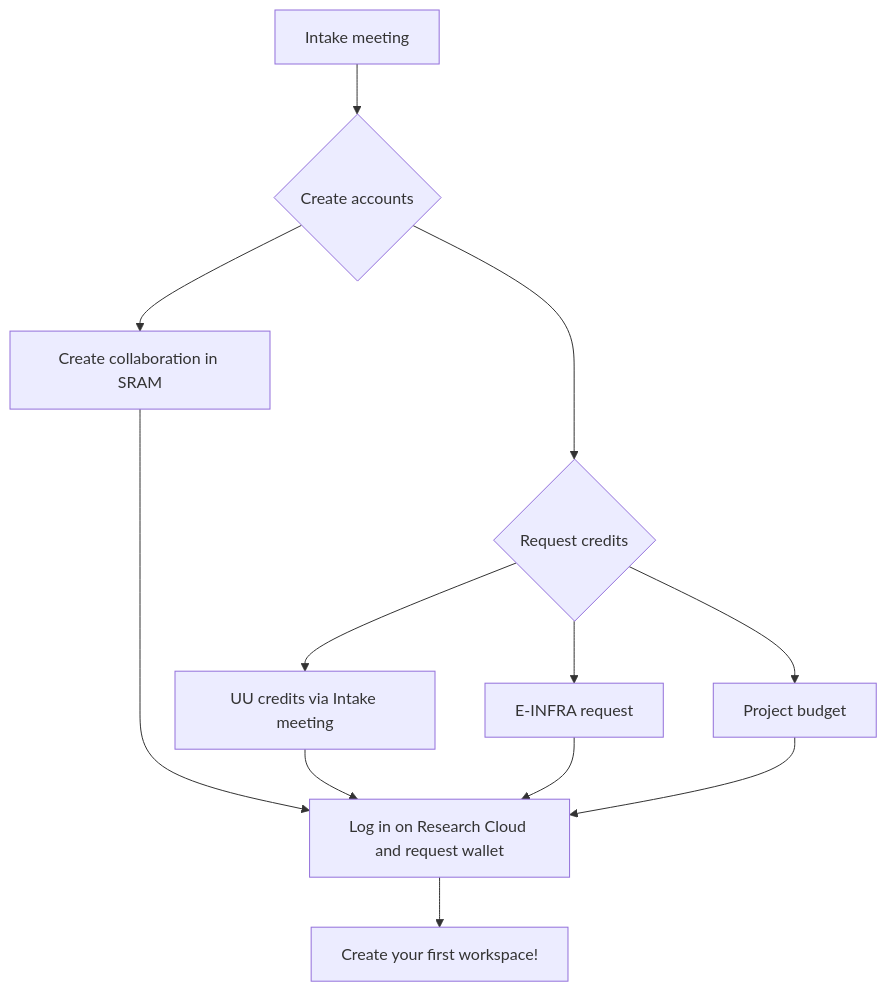
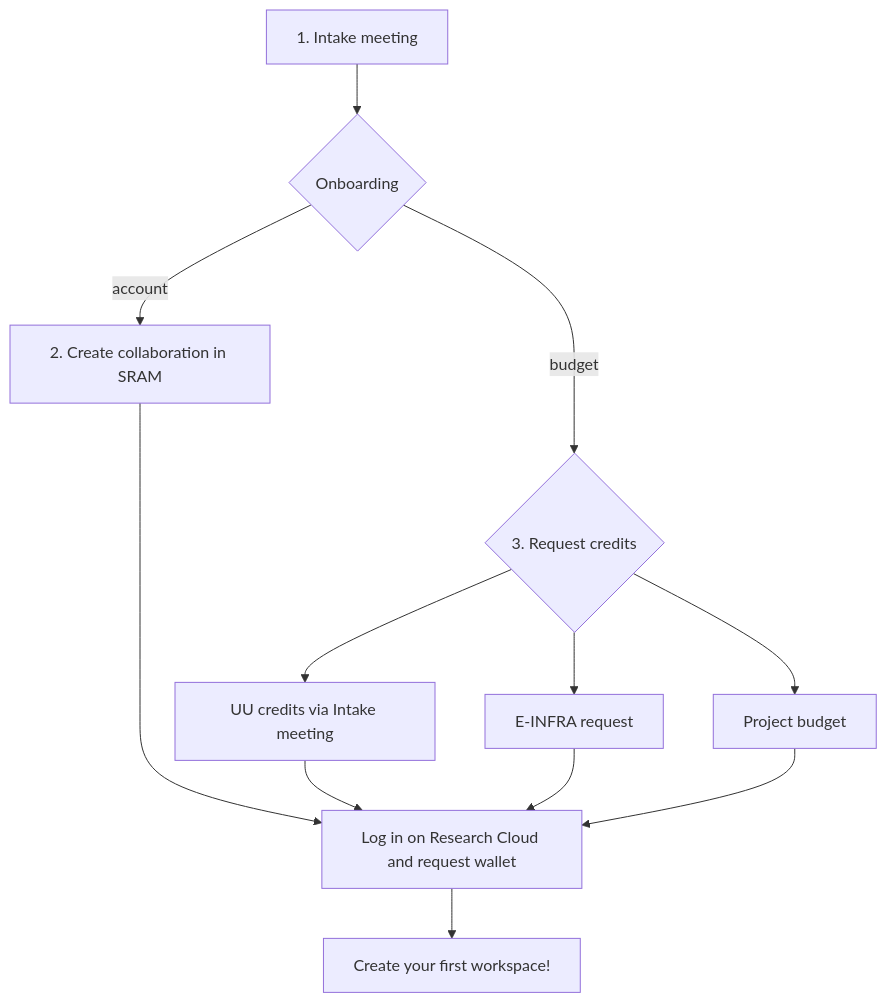
Before and after one commit to UtrechtUniversity/vre-docs: the diagram in docs/accounts.qmd, drawn with Mermaid. The commit also changed other lines of this file and 1 other file, not shown here.

Commit message:
finalize account infov0.1

````diff
--- a/docs/accounts.qmd
+++ b/docs/accounts.qmd
@@ -17,15 +23,15 @@
 ```{mermaid}
 flowchart TD
-  A[Intake meeting] --> B{Create accounts}
-  B --> C{Request credits}
+  A[1. Intake meeting] --> B{Onboarding}
+  B -- budget --> C{3. Request credits}
   C --> F[UU credits via Intake meeting]
   C --> G[E-INFRA request]
   C --> H[Project budget]
-  B --> D[Create collaboration in SRAM]
+  B -- account --> D[2. Create collaboration in SRAM]
   D ----> E[Log in on Research Cloud and request wallet]
   F --> E[Log in on Research Cloud and request wallet]
   G --> E[Log in on Research Cloud and request wallet]
   H --> E[Log in on Research Cloud and request wallet]
   E --> J[Create your first workspace!]
 
 ```
````
